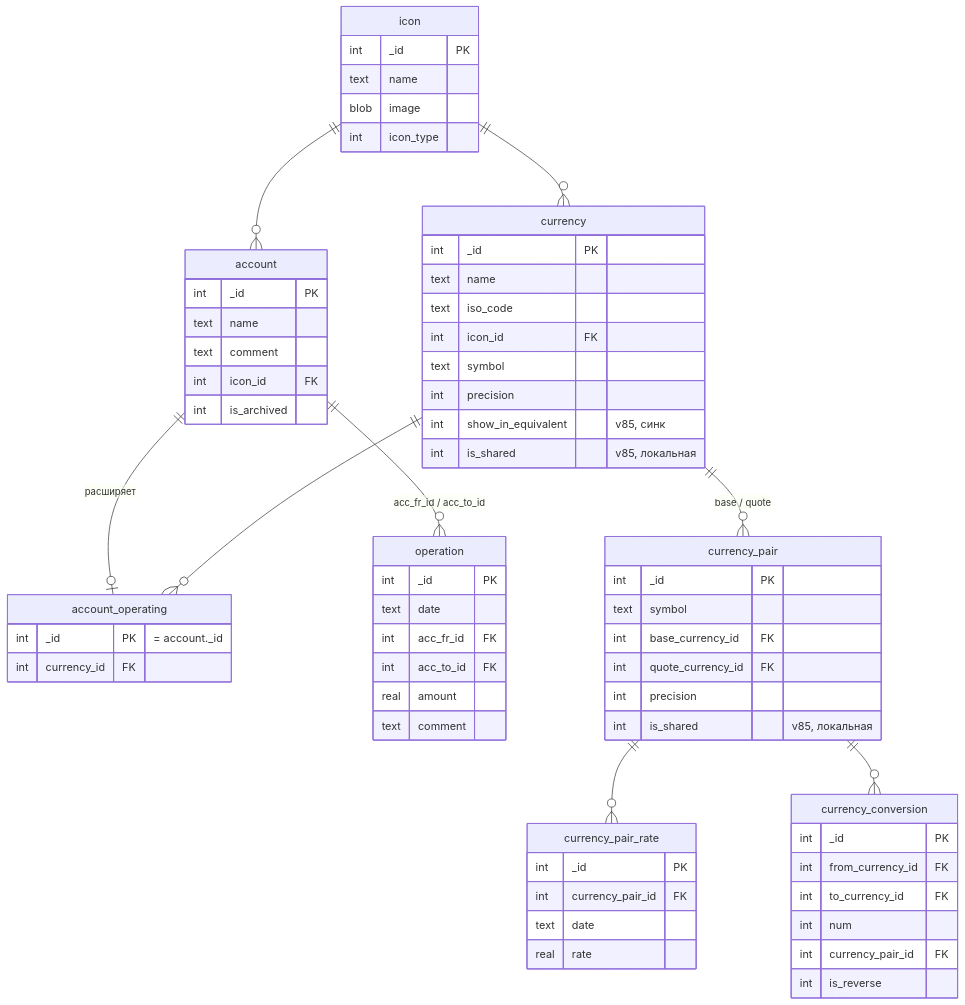
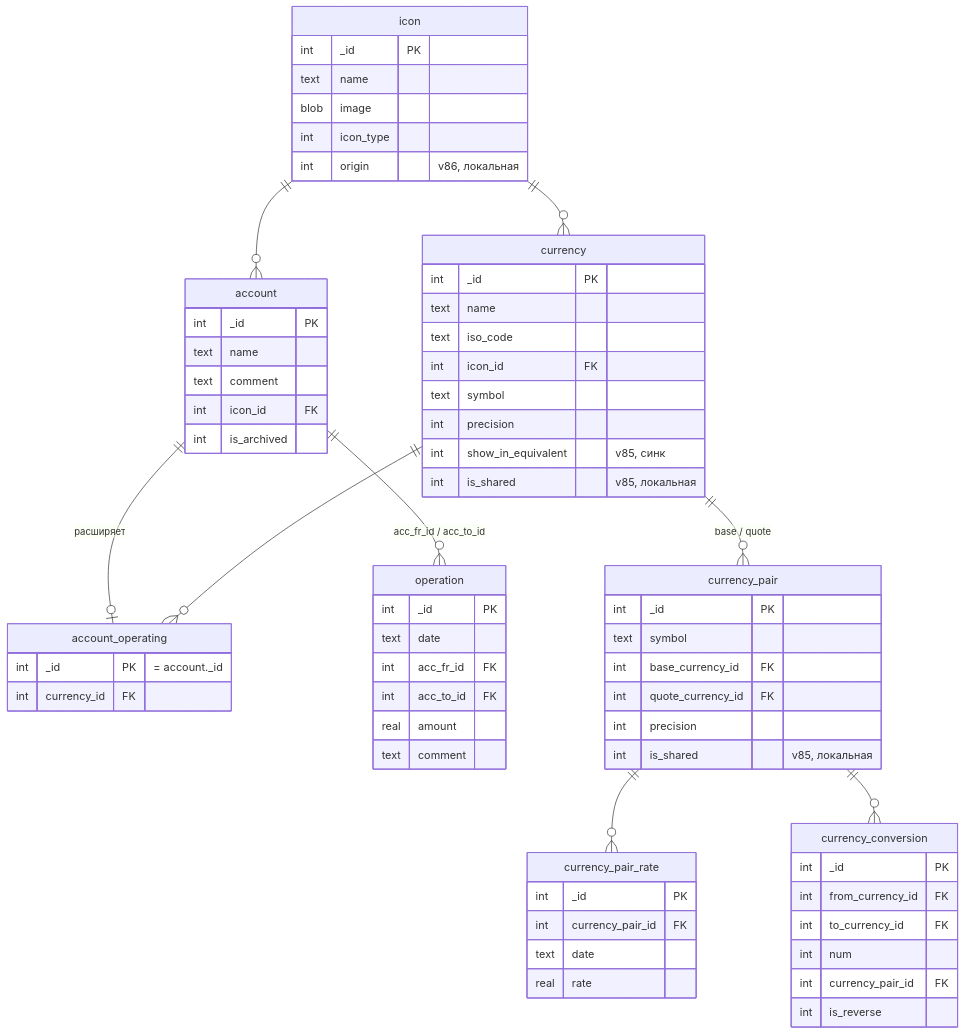
Before and after one commit to WalletTransactions/android-wallet: the second of 4 diagrams in docs/ARCHITECTURE.md, drawn with Mermaid. The commit also changed other lines of this file, not shown here.

Commit message:
ARCHITECTURE: иконки только скачиваются, заместители, icon.origin (v86)

````diff
--- a/docs/ARCHITECTURE.md
+++ b/docs/ARCHITECTURE.md
@@ -117,69 +117,70 @@
 ```mermaid
 erDiagram
     icon {
         int _id PK
         text name
         blob image
         int icon_type
+        int origin "v86, локальная"
     }
     currency {
         int _id PK
         text name
         text iso_code
         int icon_id FK
         text symbol
         int precision
         int show_in_equivalent "v85, синк"
         int is_shared "v85, локальная"
     }
     account {
         int _id PK
         text name
         text comment
         int icon_id FK
         int is_archived
     }
     account_operating {
         int _id PK "= account._id"
         int currency_id FK
     }
     operation {
         int _id PK
         text date
         int acc_fr_id FK
         int acc_to_id FK
         real amount
         text comment
     }
     currency_pair {
         int _id PK
         text symbol
         int base_currency_id FK
         int quote_currency_id FK
         int precision
         int is_shared "v85, локальная"
     }
     currency_pair_rate {
         int _id PK
         int currency_pair_id FK
         text date
         real rate
     }
     currency_conversion {
         int _id PK
         int from_currency_id FK
         int to_currency_id FK
         int num
         int currency_pair_id FK
         int is_reverse
     }
 
     icon ||--o{ account : ""
     icon ||--o{ currency : ""
     account ||--o| account_operating : "расширяет"
     account ||--o{ operation : "acc_fr_id / acc_to_id"
     currency ||--o{ account_operating : ""
     currency ||--o{ currency_pair : "base / quote"
     currency_pair ||--o{ currency_pair_rate : ""
     currency_pair ||--o{ currency_conversion : ""
 ```
````
